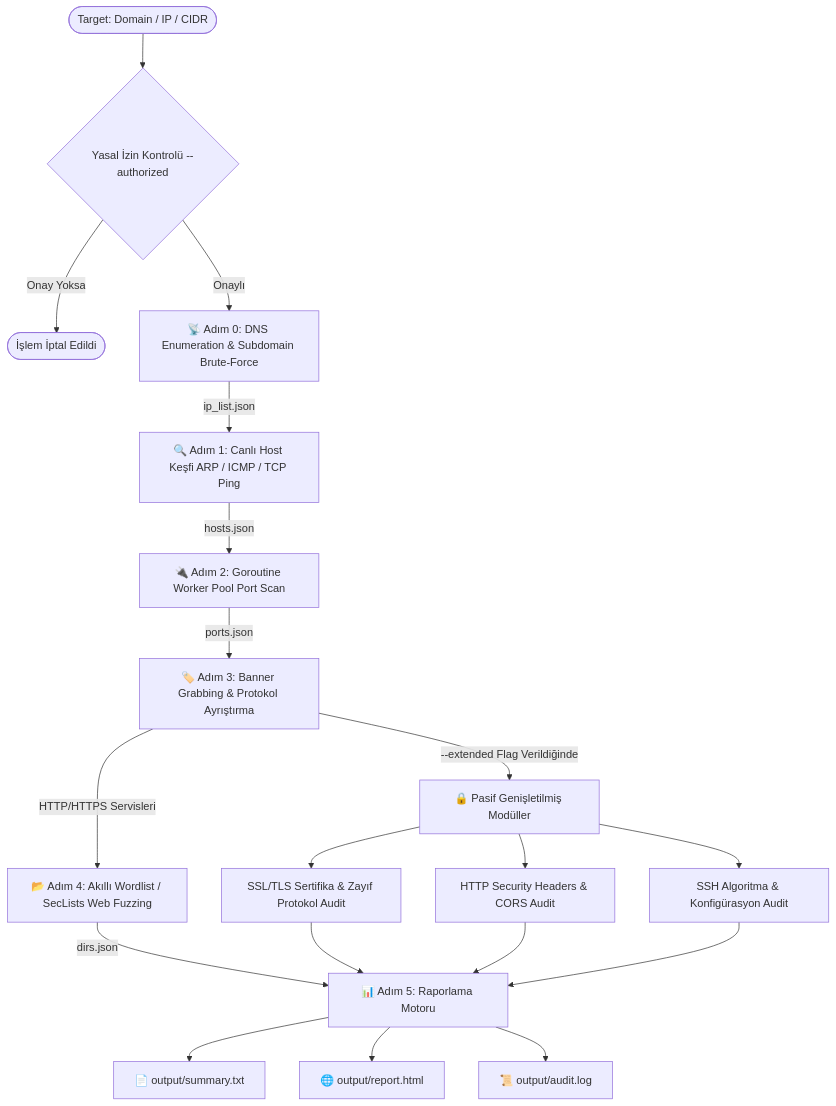
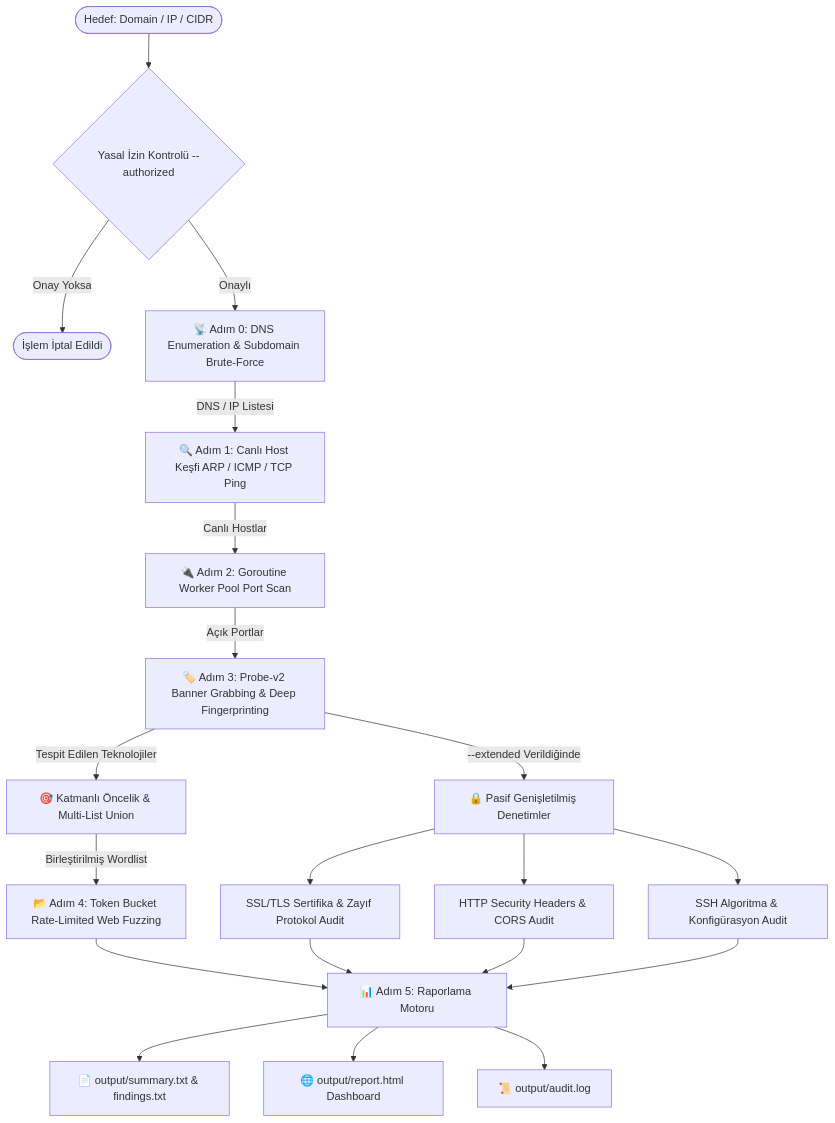
One commit to 1Ssalih/SpecterRecon changed the second of 2 diagrams in README.md. Above: the diagram before and after it, drawn with Mermaid. The commit also changed other lines of this file and 19 other files, not shown here.

Commit message:
feat: implement Service Version Detection Engine v2, tiered fuzzing, rate limiting, and updated docs

````diff
--- a/README.md
+++ b/README.md
@@ -91,25 +157,27 @@
 ```mermaid
 flowchart TD
-    START([Target: Domain / IP / CIDR]) --> SCOPE{Yasal İzin Kontrolü --authorized}
+    START([Hedef: Domain / IP / CIDR]) --> SCOPE{Yasal İzin Kontrolü --authorized}
     SCOPE -- Onay Yoksa --> STOP([İşlem İptal Edildi])
     SCOPE -- Onaylı --> STEP0[📡 Adım 0: DNS Enumeration & Subdomain Brute-Force]
     
-    STEP0 -->|ip_list.json| STEP1[🔍 Adım 1: Canlı Host Keşfi ARP / ICMP / TCP Ping]
-    STEP1 -->|hosts.json| STEP2[🔌 Adım 2: Goroutine Worker Pool Port Scan]
-    STEP2 -->|ports.json| STEP3[🏷️ Adım 3: Banner Grabbing & Protokol Ayrıştırma]
-    STEP3 -->|HTTP/HTTPS Servisleri| STEP4[📂 Adım 4: Akıllı Wordlist / SecLists Web Fuzzing]
+    STEP0 -->|DNS / IP Listesi| STEP1[🔍 Adım 1: Canlı Host Keşfi ARP / ICMP / TCP Ping]
+    STEP1 -->|Canlı Hostlar| STEP2[🔌 Adım 2: Goroutine Worker Pool Port Scan]
+    STEP2 -->|Açık Portlar| STEP3[🏷️ Adım 3: Probe-v2 Banner Grabbing & Deep Fingerprinting]
     
-    STEP3 -->|--extended Flag Verildiğinde| EXT[🔒 Pasif Genişletilmiş Modüller]
+    STEP3 -->|Tespit Edilen Teknolojiler| TIER[🎯 Katmanlı Öncelik & Multi-List Union]
+    TIER -->|Birleştirilmiş Wordlist| STEP4[📂 Adım 4: Token Bucket Rate-Limited Web Fuzzing]
+    
+    STEP3 -->|--extended Verildiğinde| EXT[🔒 Pasif Genişletilmiş Denetimler]
     EXT --> EXT1[SSL/TLS Sertifika & Zayıf Protokol Audit]
     EXT --> EXT2[HTTP Security Headers & CORS Audit]
     EXT --> EXT3[SSH Algoritma & Konfigürasyon Audit]
     
-    STEP4 -->|dirs.json| REPORT[📊 Adım 5: Raporlama Motoru]
+    STEP4 --> REPORT[📊 Adım 5: Raporlama Motoru]
     EXT1 --> REPORT
     EXT2 --> REPORT
     EXT3 --> REPORT
     
-    REPORT --> OUT_TXT[📄 output/summary.txt]
-    REPORT --> OUT_HTML[🌐 output/report.html]
+    REPORT --> OUT_TXT[📄 output/summary.txt & findings.txt]
+    REPORT --> OUT_HTML[🌐 output/report.html Dashboard]
     REPORT --> OUT_LOG[📜 output/audit.log]
 ```
````
